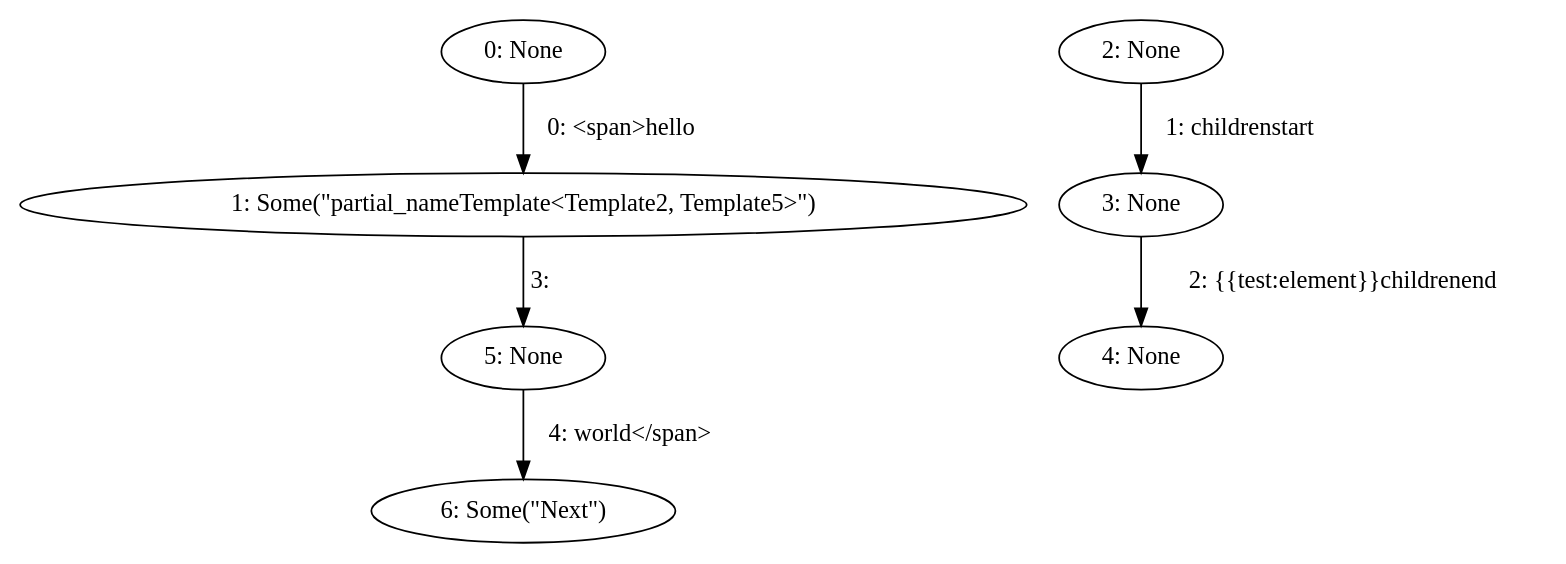
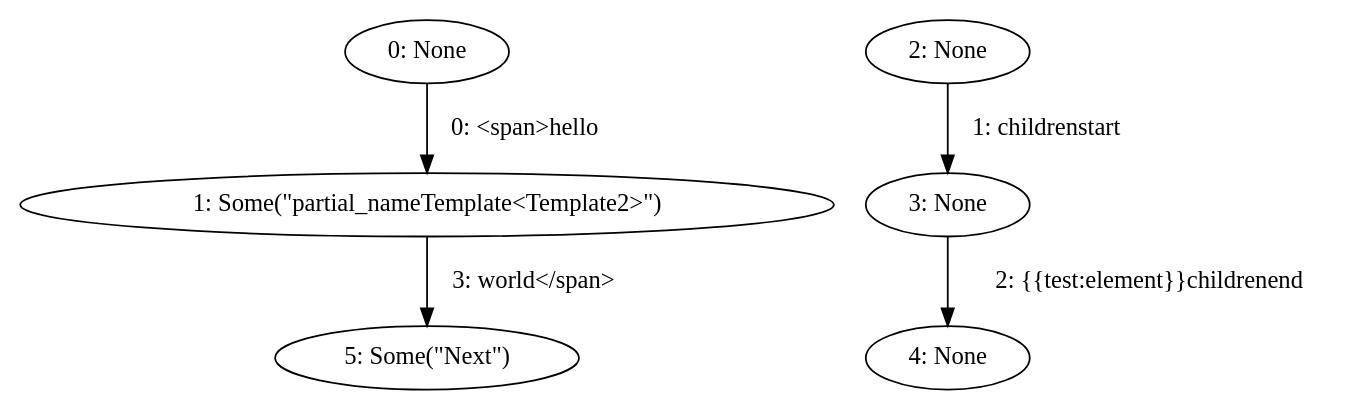
One commit to mohe2015/zero-cost-templating changed the diagram in partial_block.dot. Above: the diagram before and after it, drawn with Graphviz. The commit also changed 1 other file, not shown here.

```diff
--- a/partial_block.dot
+++ b/partial_block.dot
@@ -1,14 +1,12 @@
 digraph {
     0 [ label = "0: None" ]
-    1 [ label = "1: Some(\"partial_nameTemplate<Template2, Template5>\")" ]
+    1 [ label = "1: Some(\"partial_nameTemplate<Template2>\")" ]
     2 [ label = "2: None" ]
     3 [ label = "3: None" ]
     4 [ label = "4: None" ]
-    5 [ label = "5: None" ]
-    6 [ label = "6: Some(\"Next\")" ]
+    5 [ label = "5: Some(\"Next\")" ]
     0 -> 1 [ label = "0: <span>hello" ]
     2 -> 3 [ label = "1: childrenstart" ]
     3 -> 4 [ label = "2: {{test:element}}childrenend" ]
-    1 -> 5 [ label = "3: " ]
-    5 -> 6 [ label = "4: world</span>" ]
+    1 -> 5 [ label = "3: world</span>" ]
 }
```
